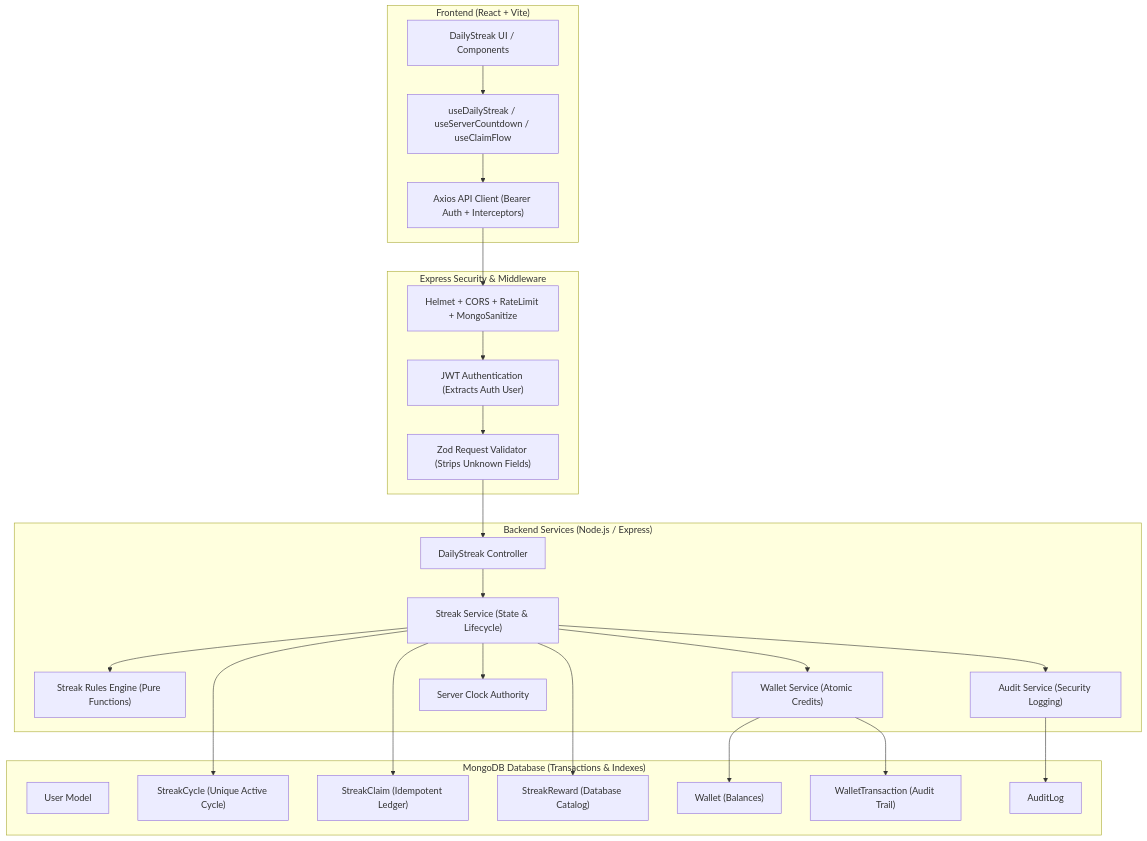
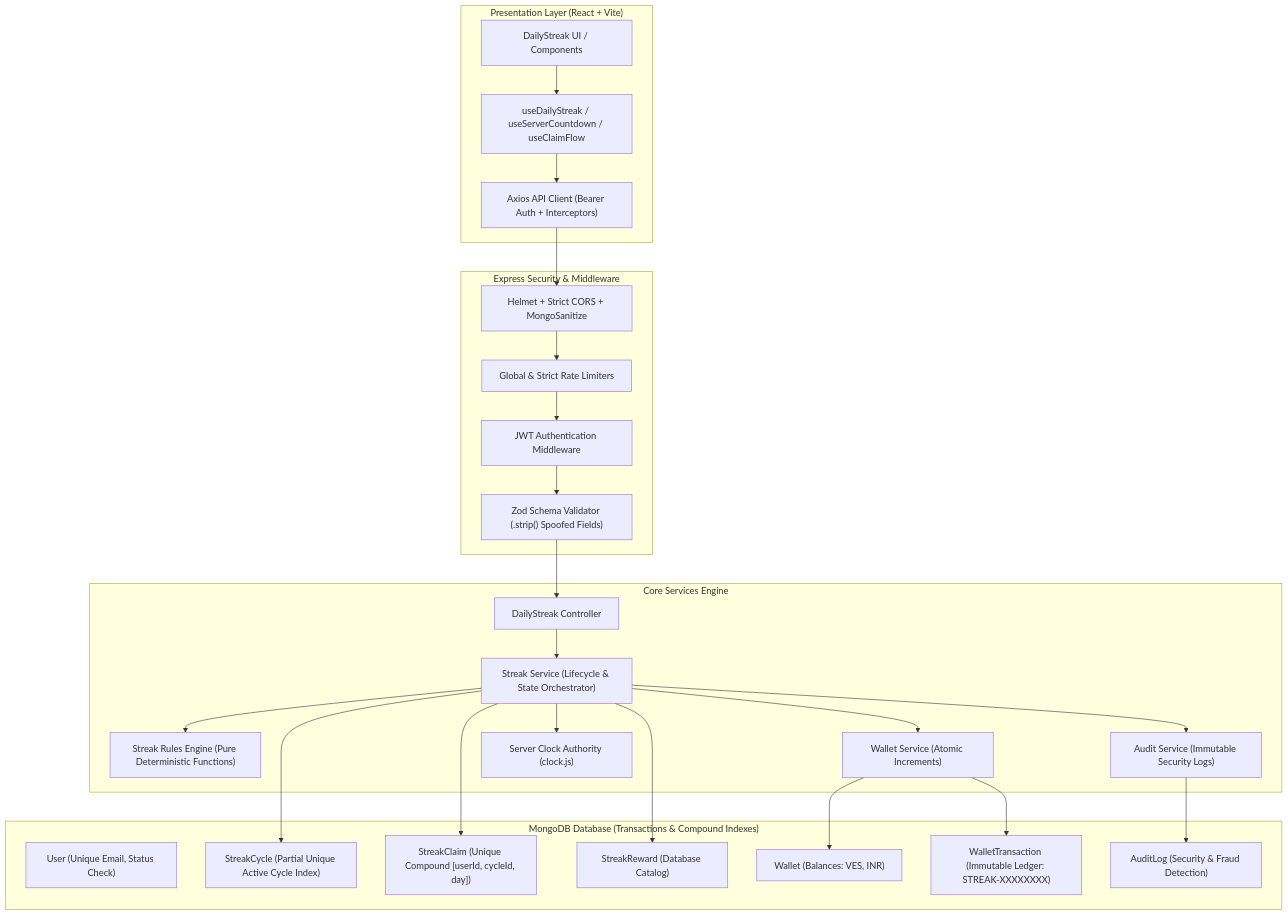
The diagram in README.md (behlah53-WebD/VELoop-Rewards-Daily-Streak-System-new-), drawn with Mermaid before and after one commit. The commit also changed other lines of this file and 3 other files, not shown here.

````diff
--- a/README.md
+++ b/README.md
@@ -13,51 +27,53 @@
 ```mermaid
 flowchart TD
-    subgraph Client["Frontend (React + Vite)"]
+    subgraph Client["Presentation Layer (React + Vite)"]
         UI["DailyStreak UI / Components"]
         Hooks["useDailyStreak / useServerCountdown / useClaimFlow"]
         Service["Axios API Client (Bearer Auth + Interceptors)"]
         UI --> Hooks
         Hooks --> Service
     end
 
     subgraph Gateway["Express Security & Middleware"]
-        MW_Sec["Helmet + CORS + RateLimit + MongoSanitize"]
-        MW_Auth["JWT Authentication (Extracts Auth User)"]
-        MW_Val["Zod Request Validator (Strips Unknown Fields)"]
+        MW_Sec["Helmet + Strict CORS + MongoSanitize"]
+        MW_Rate["Global & Strict Rate Limiters"]
+        MW_Auth["JWT Authentication Middleware"]
+        MW_Val["Zod Schema Validator (.strip() Spoofed Fields)"]
     end
 
-    subgraph Backend["Backend Services (Node.js / Express)"]
+    subgraph Backend["Core Services Engine"]
         Ctrl["DailyStreak Controller"]
-        Rules["Streak Rules Engine (Pure Functions)"]
-        StreakSvc["Streak Service (State & Lifecycle)"]
-        WalletSvc["Wallet Service (Atomic Credits)"]
-        AuditSvc["Audit Service (Security Logging)"]
-        Clock["Server Clock Authority"]
+        Rules["Streak Rules Engine (Pure Deterministic Functions)"]
+        StreakSvc["Streak Service (Lifecycle & State Orchestrator)"]
+        WalletSvc["Wallet Service (Atomic Increments)"]
+        AuditSvc["Audit Service (Immutable Security Logs)"]
+        Clock["Server Clock Authority (clock.js)"]
     end
 
-    subgraph Database["MongoDB Database (Transactions & Indexes)"]
-        M_User["User Model"]
-        M_Cycle["StreakCycle (Unique Active Cycle)"]
-        M_Claim["StreakClaim (Idempotent Ledger)"]
+    subgraph Database["MongoDB Database (Transactions & Compound Indexes)"]
+        M_User["User (Unique Email, Status Check)"]
+        M_Cycle["StreakCycle (Partial Unique Active Cycle Index)"]
+        M_Claim["StreakClaim (Unique Compound [userId, cycleId, day])"]
         M_Reward["StreakReward (Database Catalog)"]
-        M_Wallet["Wallet (Balances)"]
-        M_Tx["WalletTransaction (Audit Trail)"]
-        M_Audit["AuditLog"]
+        M_Wallet["Wallet (Balances: VES, INR)"]
+        M_Tx["WalletTransaction (Immutable Ledger: STREAK-XXXXXXXX)"]
+        M_Audit["AuditLog (Security & Fraud Detection)"]
     end
 
     Service --> MW_Sec
-    MW_Sec --> MW_Auth
+    MW_Sec --> MW_Rate
+    MW_Rate --> MW_Auth
     MW_Auth --> MW_Val
     MW_Val --> Ctrl
     Ctrl --> StreakSvc
     StreakSvc --> Rules
     StreakSvc --> Clock
     StreakSvc --> WalletSvc
     StreakSvc --> AuditSvc
     StreakSvc --> M_Cycle
     StreakSvc --> M_Claim
     StreakSvc --> M_Reward
     WalletSvc --> M_Wallet
     WalletSvc --> M_Tx
     AuditSvc --> M_Audit
 ```
````
